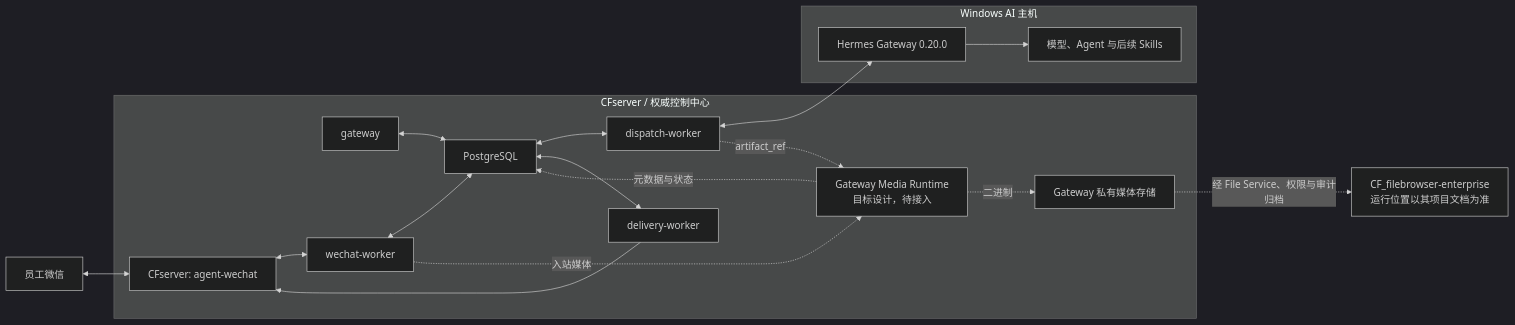
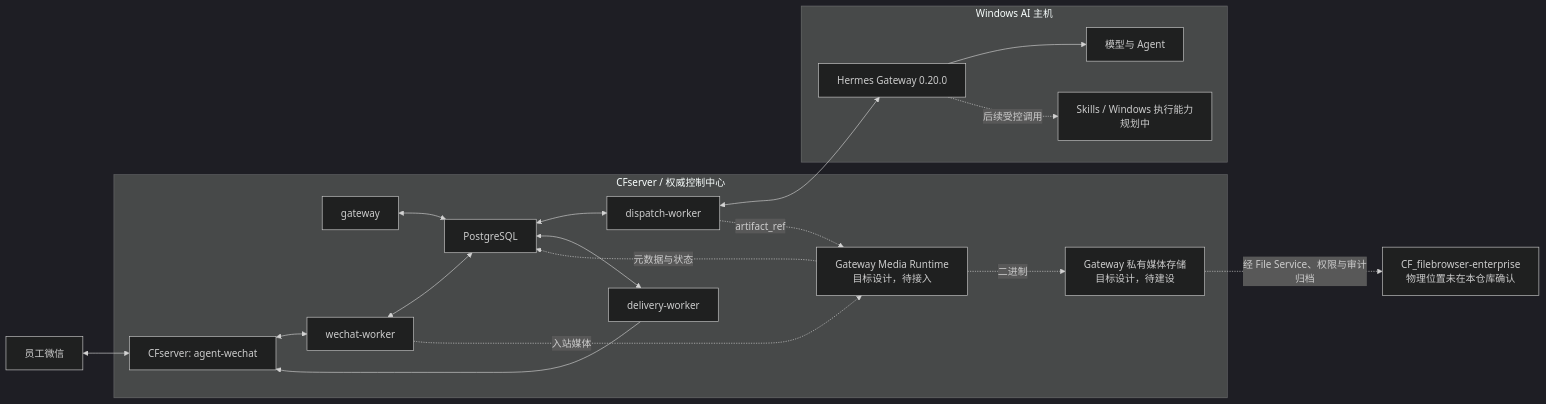
Before and after one commit to Tangbohu09527/CF_ecommerce-automation-docs: the diagram in README.md, drawn with Mermaid (dark theme). The commit also changed other lines of this file and 5 other files, not shown here.

Commit message:
docs: add enterprise automation architecture documents

````diff
--- a/README.md
+++ b/README.md
@@ -34,34 +42,36 @@
 ```mermaid
 flowchart LR
     E["员工微信"]
     subgraph CFS["CFserver / 权威控制中心"]
         AW["CFserver: agent-wechat"]
         GW["gateway"]
         WW["wechat-worker"]
         DW["dispatch-worker"]
         DLW["delivery-worker"]
         PG["PostgreSQL"]
         MR["Gateway Media Runtime<br/>目标设计，待接入"]
-        PS["Gateway 私有媒体存储"]
+        PS["Gateway 私有媒体存储<br/>目标设计，待建设"]
     end
     subgraph AI["Windows AI 主机"]
         H["Hermes Gateway 0.20.0"]
-        MA["模型、Agent 与后续 Skills"]
+        MA["模型与 Agent"]
+        SK["Skills / Windows 执行能力<br/>规划中"]
     end
-    FB["CF_filebrowser-enterprise<br/>运行位置以其项目文档为准"]
+    FB["CF_filebrowser-enterprise<br/>物理位置未在本仓库确认"]
 
     E <--> AW
     AW <--> WW
     GW <--> PG
     WW <--> PG
     PG <--> DW
     DW <--> H
     H --> MA
+    H -. "后续受控调用" .-> SK
     PG <--> DLW
     DLW --> AW
     WW -. "入站媒体" .-> MR
     DW -. "artifact_ref" .-> MR
     MR -. "元数据与状态" .-> PG
     MR -. "二进制" .-> PS
     PS -. "经 File Service、权限与审计归档" .-> FB
 ```
````
